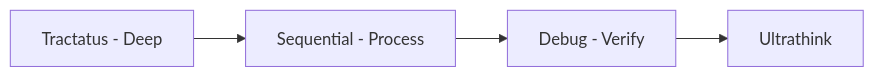
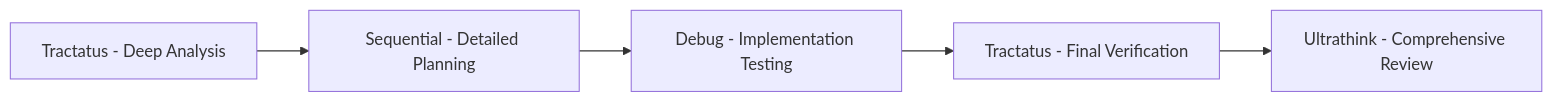
One commit to Alot1z/get-shit-indexed changed the fourth of 5 diagrams in README.md. Above: the diagram before and after it, drawn with Mermaid. The commit also changed other lines of this file and 19 other files, not shown here.

````diff
--- a/README.md
+++ b/README.md
@@ -268,4 +441,7 @@
 ```mermaid
 graph LR
-    A[Tractatus - Deep] --> B[Sequential - Process] --> C[Debug - Verify] --> D[Ultrathink]
+    A[Tractatus - Deep Analysis] --> B[Sequential - Detailed Planning]
+    B --> C[Debug - Implementation Testing]
+    C --> D[Tractatus - Final Verification]
+    D --> E[Ultrathink - Comprehensive Review]
 ```
````
